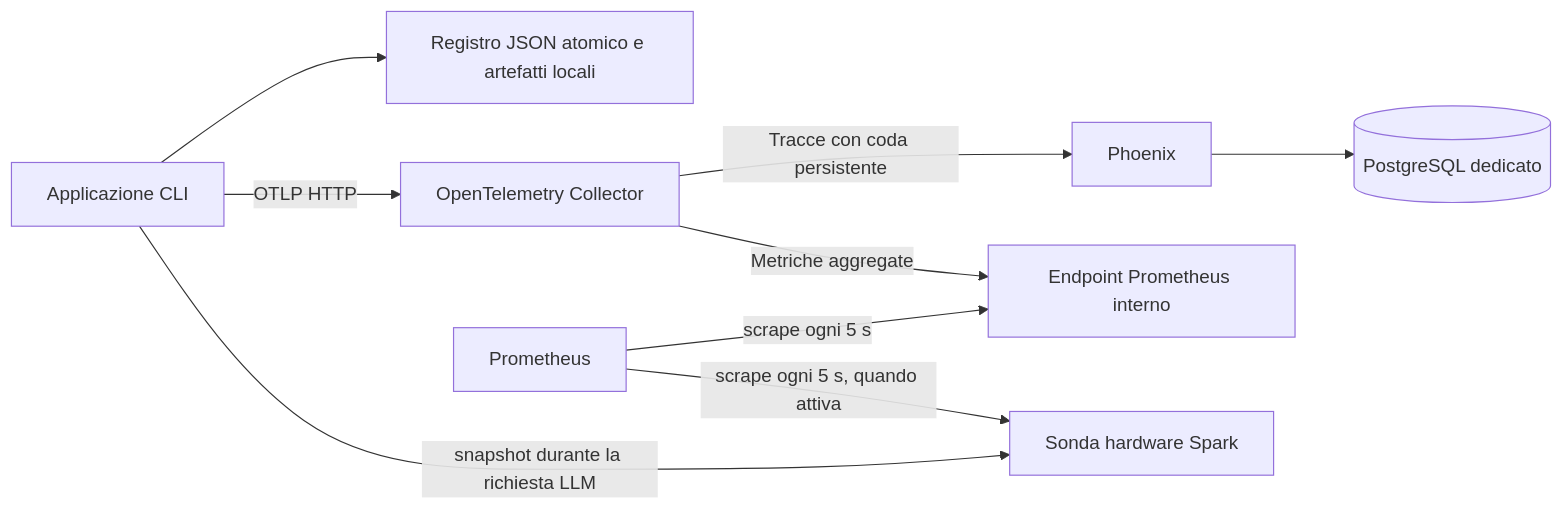
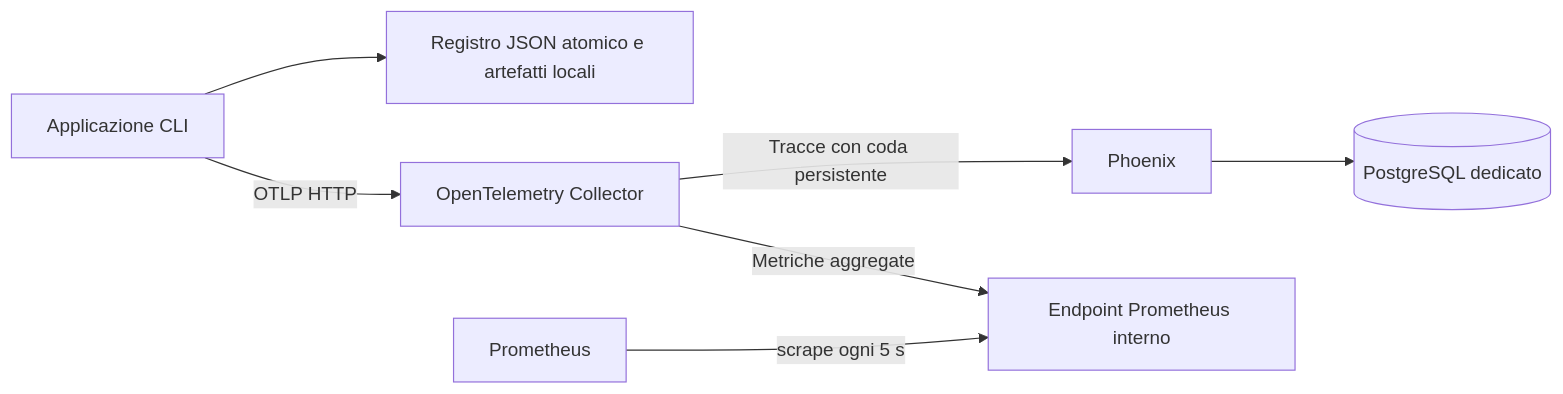
One commit to fesafa01/CodiceTesi changed the diagram in observability/README.md. Above: the diagram before and after it, drawn with Mermaid. The commit also changed other lines of this file and 15 other files, not shown here.

Commit message:
refactor(observability): sostituisce la sonda Spark con la raccolta manuale

````diff
--- a/observability/README.md
+++ b/observability/README.md
@@ -45,11 +34,9 @@
 ```mermaid
 flowchart LR
     APP[Applicazione CLI] --> REG[Registro JSON atomico e artefatti locali]
     APP -->|OTLP HTTP| COL[OpenTelemetry Collector]
     COL -->|Tracce con coda persistente| PX[Phoenix]
     PX --> PDB[(PostgreSQL dedicato)]
     COL -->|Metriche aggregate| EXP[Endpoint Prometheus interno]
     PROM[Prometheus] -->|scrape ogni 5 s| EXP
-    PROM -->|scrape ogni 5 s, quando attiva| HW[Sonda hardware Spark]
-    APP -->|snapshot durante la richiesta LLM| HW
 ```
````
